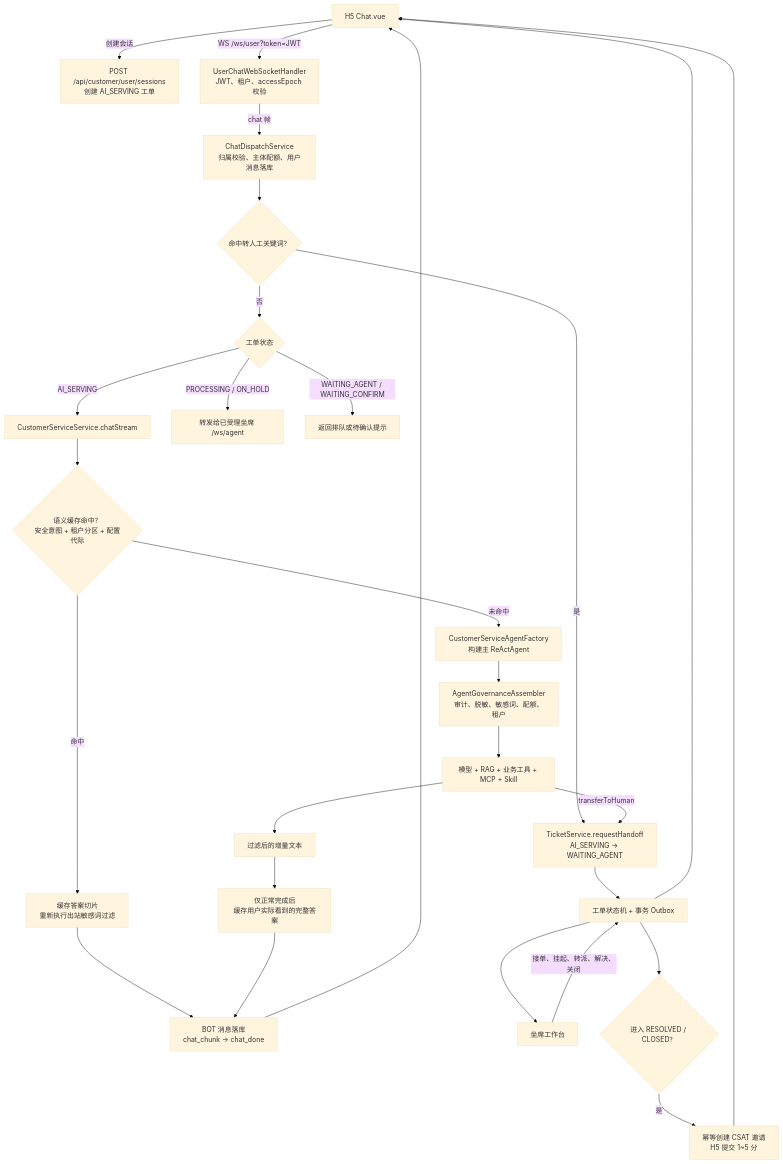
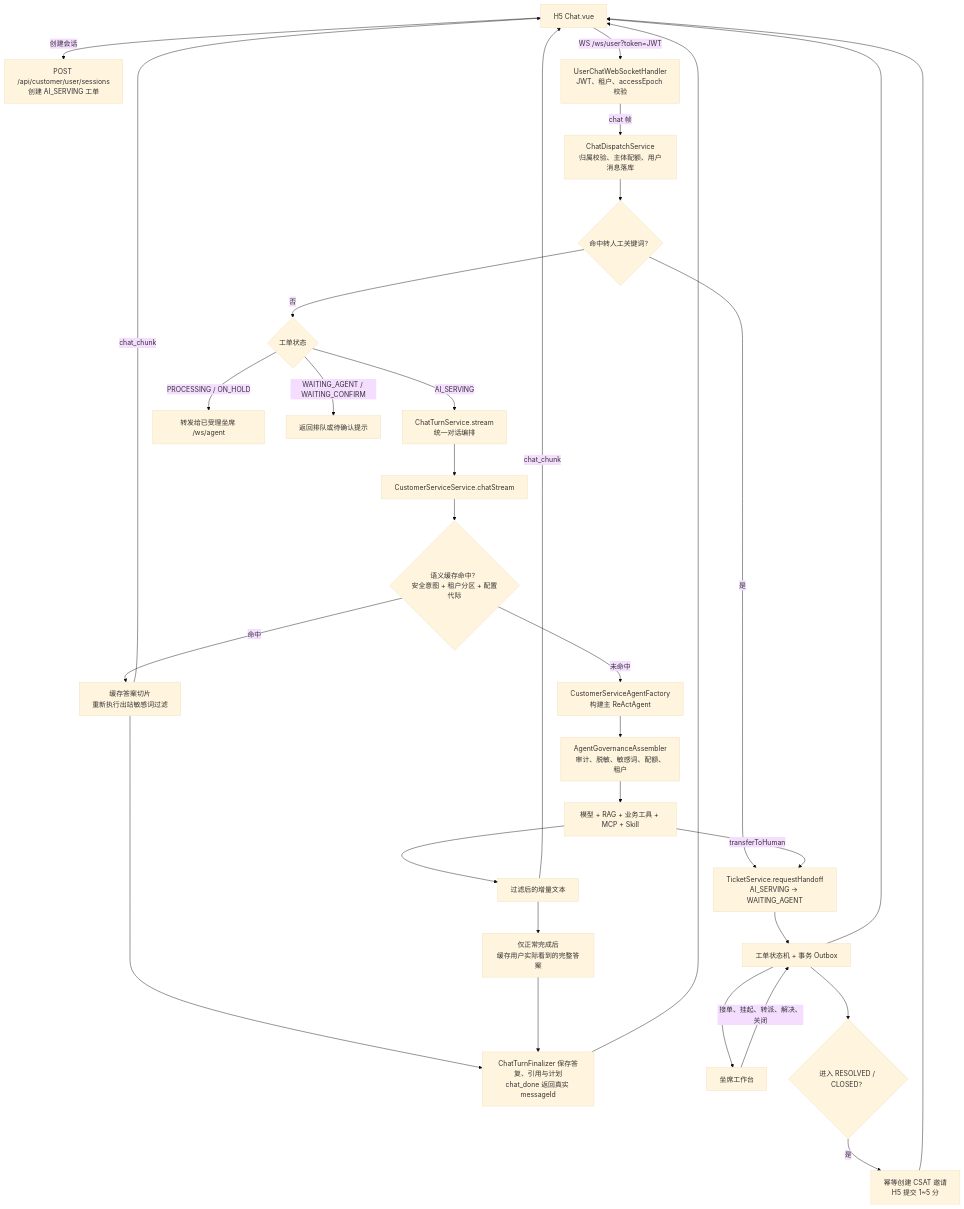
One commit to liulangjietou/customer_work changed the second of 7 diagrams in README.md. Above: the diagram before and after it, drawn with Mermaid (base theme). The commit also changed other lines of this file and 2 other files, not shown here.

Commit message:
docs: 更新项目全景架构图与 README

````diff
--- a/README.md
+++ b/README.md
@@ -156,33 +195,36 @@
 ```mermaid
 flowchart TD
     H5["H5 Chat.vue"] -->|"创建会话"| SESSION["POST /api/customer/user/sessions<br/>创建 AI_SERVING 工单"]
     H5 -->|"WS /ws/user?token=JWT"| UWS["UserChatWebSocketHandler<br/>JWT、租户、accessEpoch 校验"]
     UWS -->|"chat 帧"| DISPATCH["ChatDispatchService<br/>归属校验、主体配额、用户消息落库"]
 
     DISPATCH --> KEYWORD{"命中转人工关键词？"}
     KEYWORD -->|是| HANDOFF["TicketService.requestHandoff<br/>AI_SERVING → WAITING_AGENT"]
     KEYWORD -->|否| STATUS{"工单状态"}
-    STATUS -->|AI_SERVING| CHAT["CustomerServiceService.chatStream"]
+    STATUS -->|AI_SERVING| TURN["ChatTurnService.stream<br/>统一对话编排"]
+    TURN --> CHAT["CustomerServiceService.chatStream"]
     STATUS -->|PROCESSING / ON_HOLD| AGENTWS["转发给已受理坐席 /ws/agent"]
     STATUS -->|WAITING_AGENT / WAITING_CONFIRM| NOTICE["返回排队或待确认提示"]
 
     CHAT --> CACHE{"语义缓存命中？<br/>安全意图 + 租户分区 + 配置代际"}
     CACHE -->|命中| REFILTER["缓存答案切片<br/>重新执行出站敏感词过滤"]
     CACHE -->|未命中| FACTORY["CustomerServiceAgentFactory<br/>构建主 ReActAgent"]
     FACTORY --> GOV["AgentGovernanceAssembler<br/>审计、脱敏、敏感词、配额、租户"]
     GOV --> CAP["模型 + RAG + 业务工具 + MCP + Skill"]
     CAP -->|transferToHuman| HANDOFF
     CAP --> DELTA["过滤后的增量文本"]
+    DELTA -->|chat_chunk| H5
     DELTA --> CACHEWRITE["仅正常完成后<br/>缓存用户实际看到的完整答案"]
-    REFILTER --> DONE["BOT 消息落库<br/>chat_chunk → chat_done"]
+    REFILTER -->|chat_chunk| H5
+    REFILTER --> DONE["ChatTurnFinalizer 保存答复、引用与计划<br/>chat_done 返回真实 messageId"]
     CACHEWRITE --> DONE
     DONE --> H5
 
     HANDOFF --> EVENT["工单状态机 + 事务 Outbox"]
     EVENT --> H5
     EVENT --> SEAT["坐席工作台"]
     SEAT -->|"接单、挂起、转派、解决、关闭"| EVENT
     EVENT --> TERMINAL{"进入 RESOLVED / CLOSED？"}
     TERMINAL -->|是| CSAT["幂等创建 CSAT 邀请<br/>H5 提交 1~5 分"]
     CSAT --> H5
 ```
````
